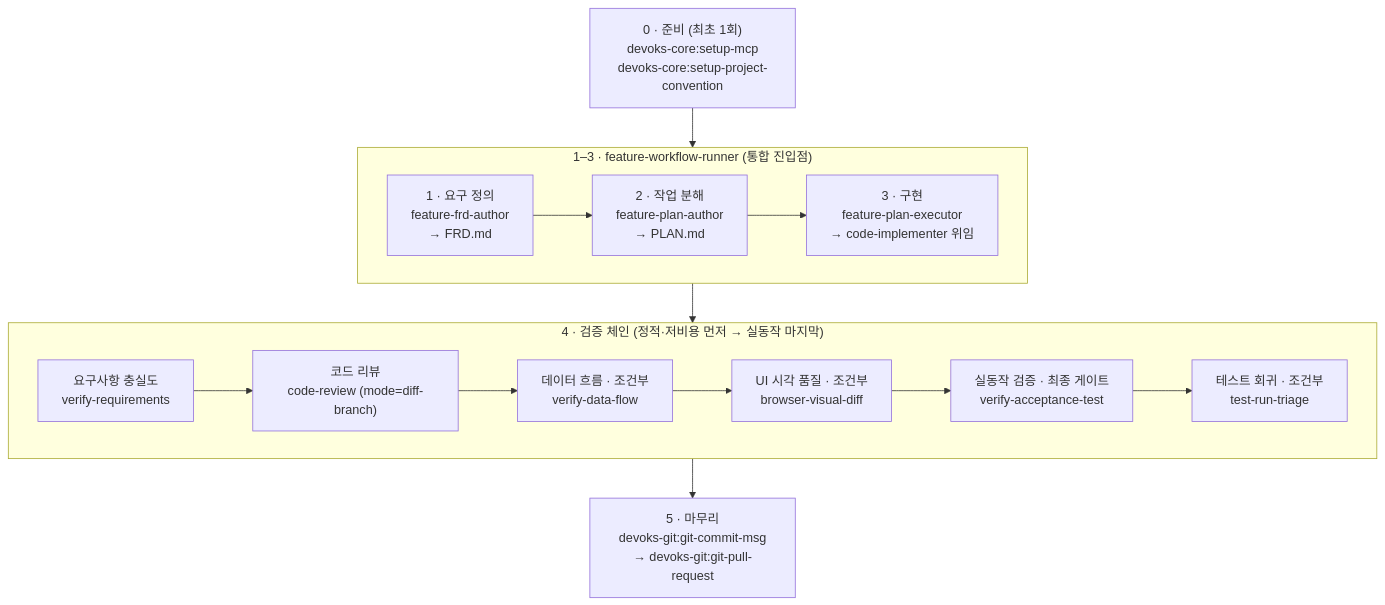
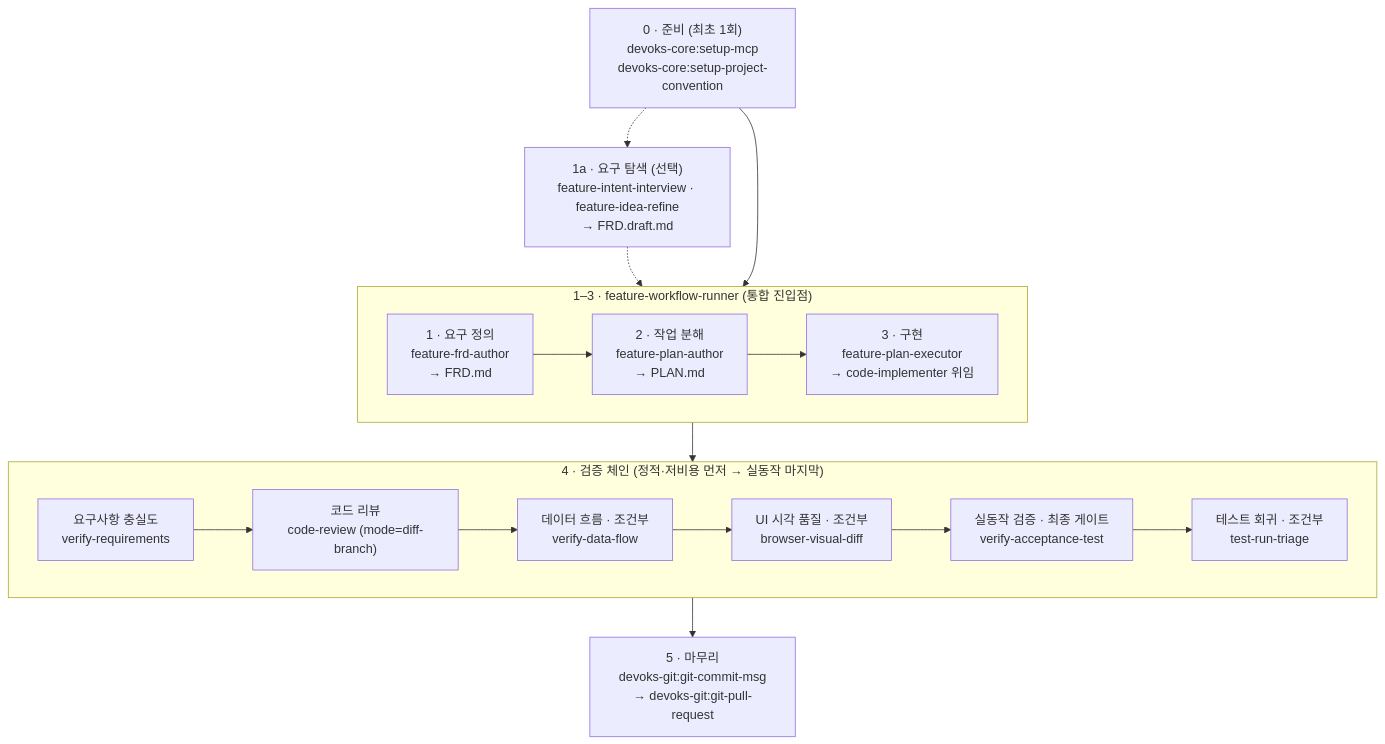
The diagram in docs/README.ko.md (ridsync/devoks-team-harness), drawn with Mermaid before and after one commit. The commit also changed other lines of this file and 16 other files, not shown here.

First line of the commit message:
feat(devoks-sdlc): Define 앞단 스킬 feature-intent-interview·feature-idea-refine 신설 + FRD §1 확장·§10

````diff
--- a/docs/README.ko.md
+++ b/docs/README.ko.md
@@ -108,29 +108,33 @@
 ```mermaid
 flowchart TD
     S["0 · 준비 (최초 1회)<br/>devoks-core:setup-mcp<br/>devoks-core:setup-project-convention"]
+
+    D["1a · 요구 탐색 (선택)<br/>feature-intent-interview · feature-idea-refine<br/>→ FRD.draft.md"]
 
     subgraph BUILD["1–3 · feature-workflow-runner (통합 진입점)"]
         direction LR
         F["1 · 요구 정의<br/>feature-frd-author<br/>→ FRD.md"]
         P["2 · 작업 분해<br/>feature-plan-author<br/>→ PLAN.md"]
         I["3 · 구현<br/>feature-plan-executor<br/>→ code-implementer 위임"]
         F --> P --> I
     end
 
     subgraph VERIFY["4 · 검증 체인 (정적·저비용 먼저 → 실동작 마지막)"]
         direction LR
         V1["요구사항 충실도<br/>verify-requirements"]
         V2["코드 리뷰<br/>code-review (mode=diff-branch)"]
         V3["데이터 흐름 · 조건부<br/>verify-data-flow"]
         V4["UI 시각 품질 · 조건부<br/>browser-visual-diff"]
         V5["실동작 검증 · 최종 게이트<br/>verify-acceptance-test"]
         V6["테스트 회귀 · 조건부<br/>test-run-triage"]
         V1 --> V2 --> V3 --> V4 --> V5 --> V6
     end
 
     C["5 · 마무리<br/>devoks-git:git-commit-msg<br/>→ devoks-git:git-pull-request"]
 
     S --> BUILD
+    S -.-> D
+    D -.-> F
     BUILD --> VERIFY
     VERIFY --> C
 ```
````
